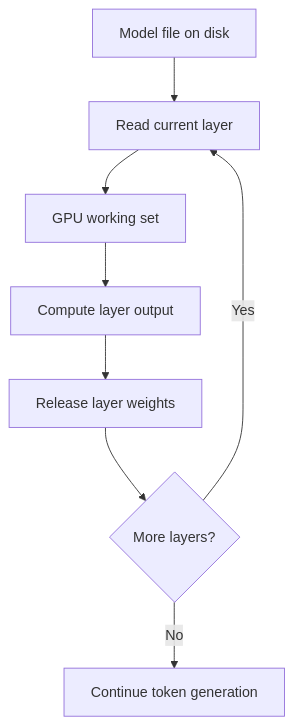
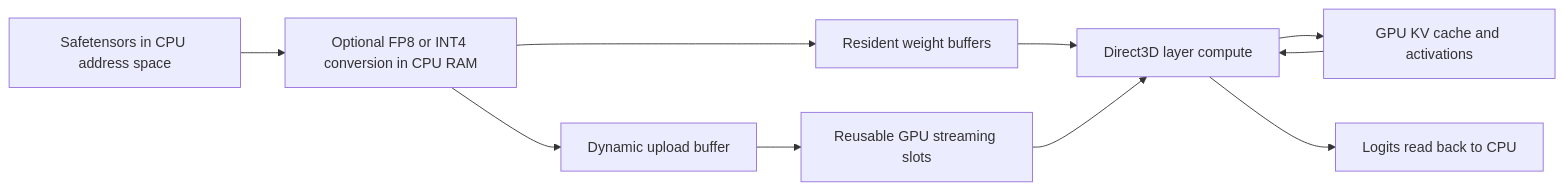
The diagram in src/content/research/layer-streaming-for-large-language-models.md (raorob/robresearch-app), drawn with Mermaid before and after one commit. The commit also changed other lines of this file and 7 other files, not shown here.

````diff
--- a/src/content/research/layer-streaming-for-large-language-models.md
+++ b/src/content/research/layer-streaming-for-large-language-models.md
@@ -13,10 +15,12 @@
 ```mermaid
-flowchart TD
-    A[Model file on disk] --> B[Read current layer]
-    B --> C[GPU working set]
-    C --> D[Compute layer output]
-    D --> E[Release layer weights]
-    E --> F{More layers?}
-    F -- Yes --> B
-    F -- No --> G[Continue token generation]
+flowchart LR
+    A[Safetensors in CPU address space] --> B[Optional FP8 or INT4 conversion in CPU RAM]
+    B --> C[Resident weight buffers]
+    B --> D[Dynamic upload buffer]
+    D --> E[Reusable GPU streaming slots]
+    C --> F[Direct3D layer compute]
+    E --> F
+    F --> G[GPU KV cache and activations]
+    G --> F
+    F --> H[Logits read back to CPU]
 ```
````
